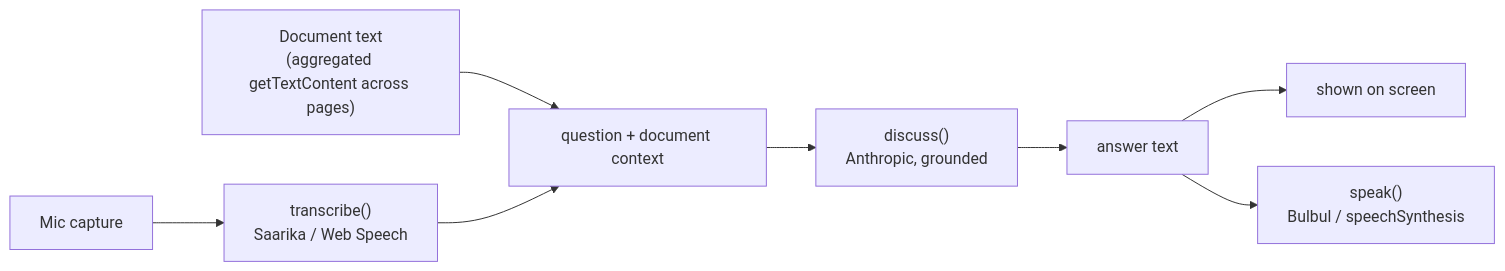
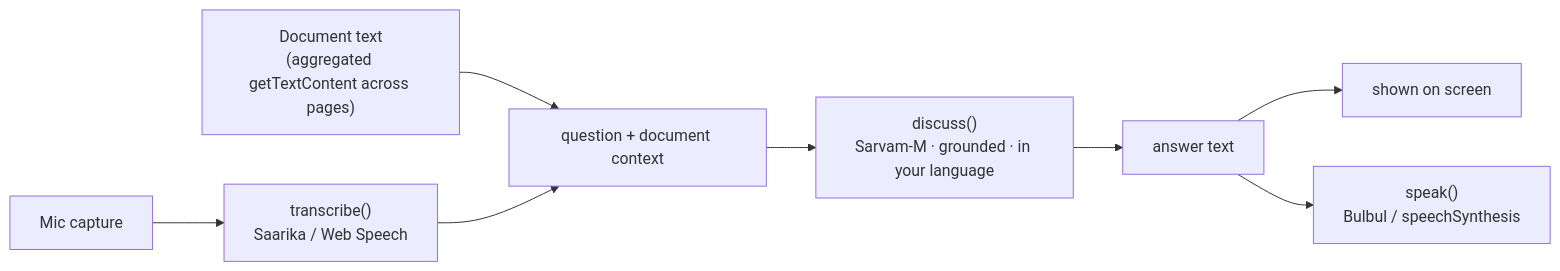
The third of 4 diagrams in ARCHITECTURE.md (pedfstudio-lab/Pedf), drawn with Mermaid before and after one commit. The commit also changed other lines of this file and 17 other files, not shown here.

````diff
--- a/ARCHITECTURE.md
+++ b/ARCHITECTURE.md
@@ -178,10 +179,10 @@
 ```mermaid
 flowchart LR
   MIC["Mic capture"] --> TR["transcribe()<br/>Saarika / Web Speech"]
   DOC["Document text<br/>(aggregated getTextContent across pages)"] --> Q
   TR --> Q["question + document context"]
-  Q --> D["discuss()<br/>Anthropic, grounded"]
+  Q --> D["discuss()<br/>Sarvam-M · grounded · in your language"]
   D --> ANS["answer text"]
   ANS --> UI["shown on screen"]
   ANS --> SP["speak()<br/>Bulbul / speechSynthesis"]
 ```
````
